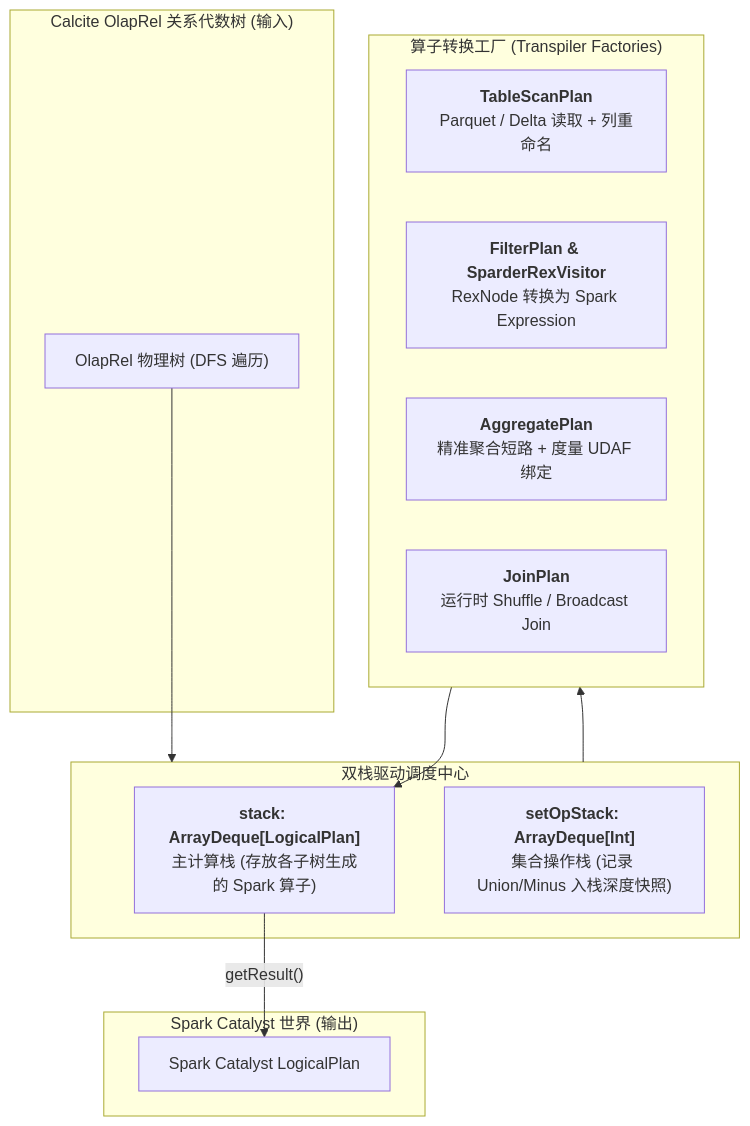
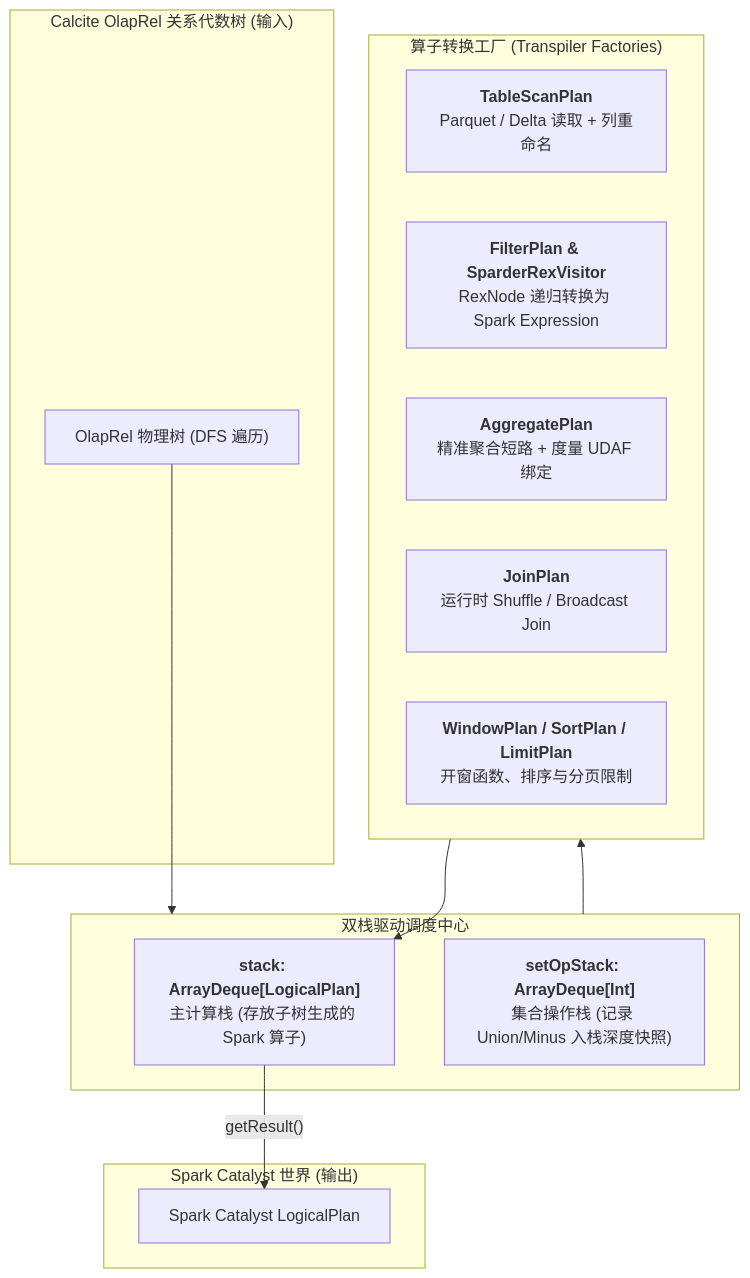
One commit to Mrhs121/mrhs121.github.io changed the first of 2 diagrams in posts/2026-08-18-kylin-query-engine-04-calcite-to-spark-planer.md. Above: the diagram before and after it, drawn with Mermaid. The commit also changed other lines of this file and 5 other files, not shown here.

````diff
--- a/posts/2026-08-18-kylin-query-engine-04-calcite-to-spark-planer.md
+++ b/posts/2026-08-18-kylin-query-engine-04-calcite-to-spark-planer.md
@@ -27,27 +27,28 @@
 ```mermaid
 flowchart TD
     subgraph CalciteWorld ["Calcite OlapRel 关系代数树 (输入)"]
         Tree["OlapRel 物理树 (DFS 遍历)"]
     end
 
     subgraph DualStack ["双栈驱动调度中心"]
-        MainStack["<b>stack: ArrayDeque[LogicalPlan]</b><br/>主计算栈 (存放各子树生成的 Spark 算子)"]
+        MainStack["<b>stack: ArrayDeque[LogicalPlan]</b><br/>主计算栈 (存放子树生成的 Spark 算子)"]
         SetStack["<b>setOpStack: ArrayDeque[Int]</b><br/>集合操作栈 (记录 Union/Minus 入栈深度快照)"]
     end
 
     subgraph Translators ["算子转换工厂 (Transpiler Factories)"]
         F1["<b>TableScanPlan</b><br/>Parquet / Delta 读取 + 列重命名"]
-        F2["<b>FilterPlan & SparderRexVisitor</b><br/>RexNode 转换为 Spark Expression"]
+        F2["<b>FilterPlan & SparderRexVisitor</b><br/>RexNode 递归转换为 Spark Expression"]
         F3["<b>AggregatePlan</b><br/>精准聚合短路 + 度量 UDAF 绑定"]
         F4["<b>JoinPlan</b><br/>运行时 Shuffle / Broadcast Join"]
+        F5["<b>WindowPlan / SortPlan / LimitPlan</b><br/>开窗函数、排序与分页限制"]
     end
 
     subgraph SparkWorld ["Spark Catalyst 世界 (输出)"]
         RootLP["Spark Catalyst LogicalPlan"]
     end
 
     Tree --> DualStack
     DualStack --> Translators
     Translators --> MainStack
     MainStack -->|"getResult()"| RootLP
 ```
````
